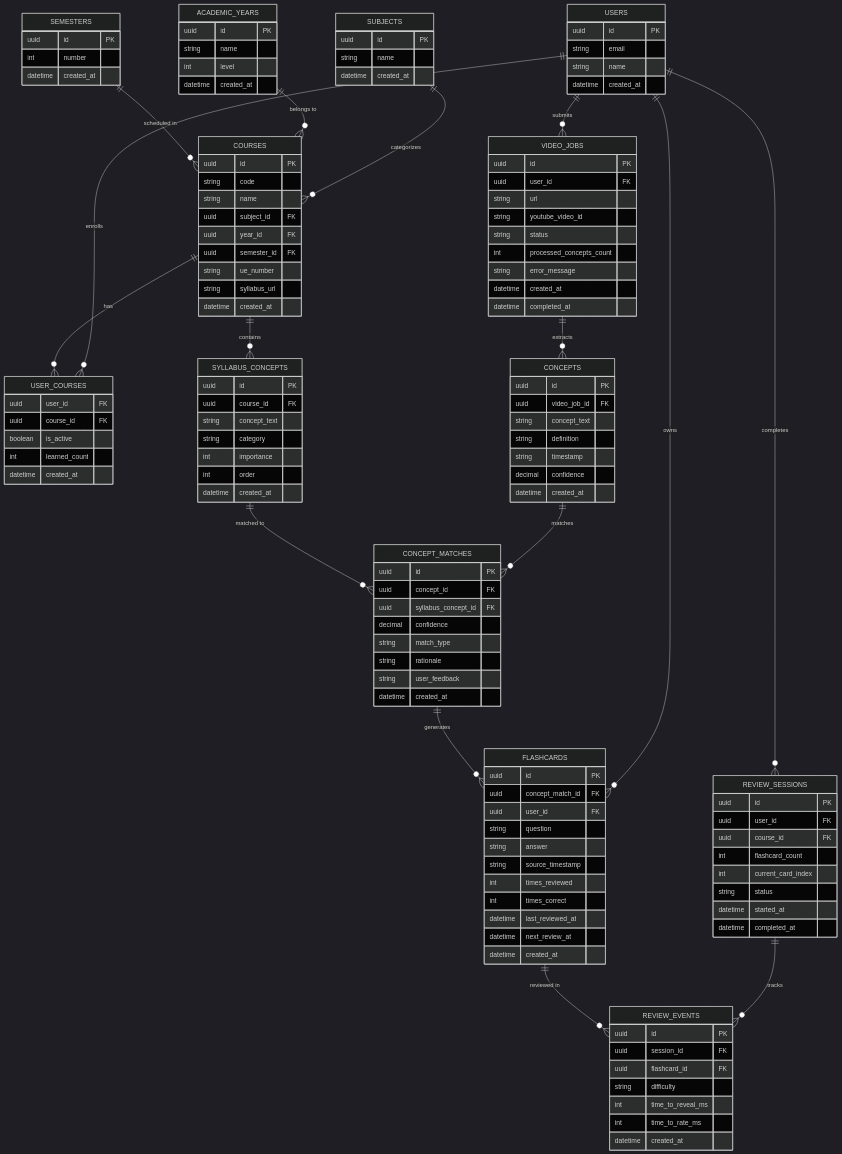
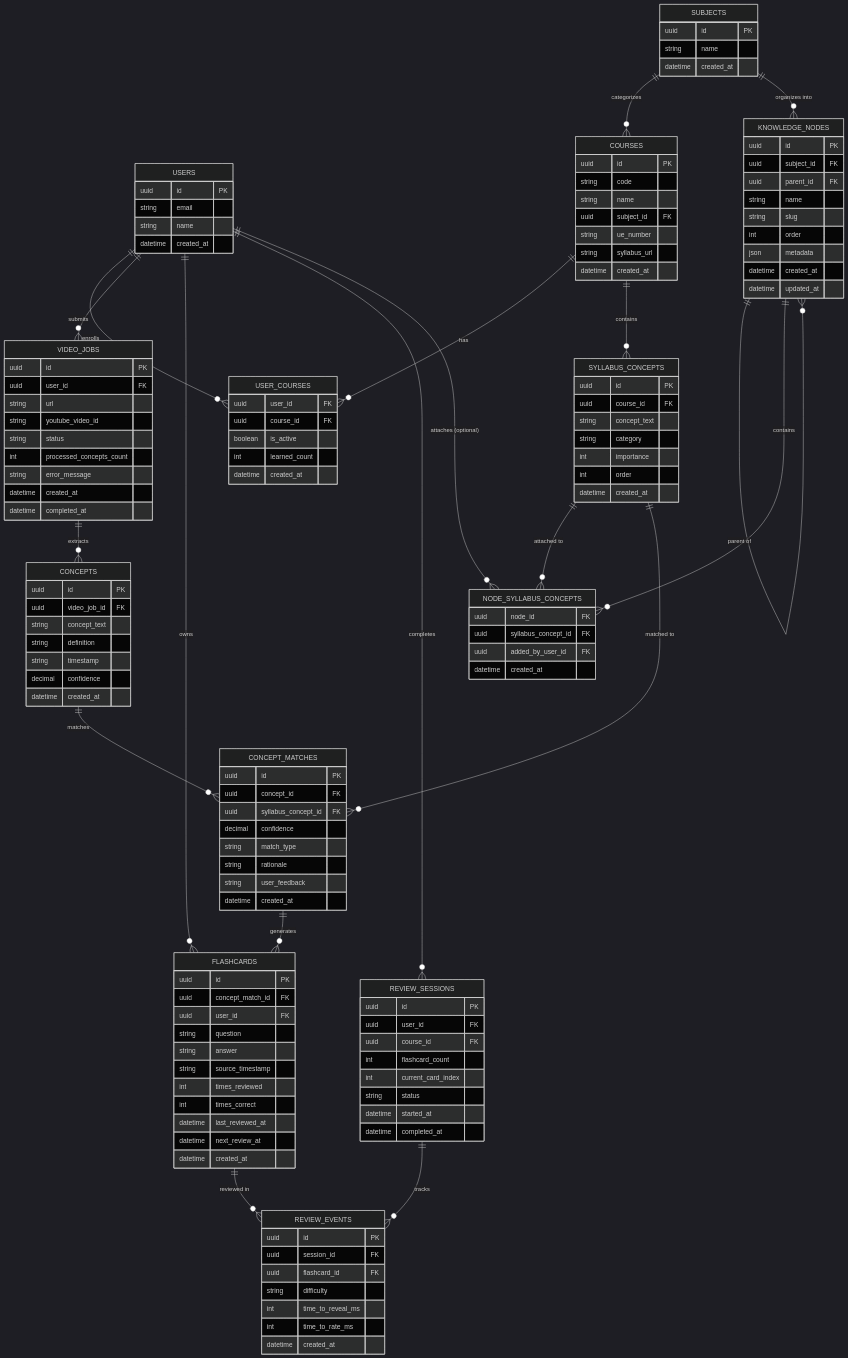
One commit to hugoganet/hack_the_gap changed the diagram in documentation_starter_pack/docs/data/erd.md. Above: the diagram before and after it, drawn with Mermaid (dark theme). The commit also changed other lines of this file and 7 other files, not shown here.

```diff
--- a/documentation_starter_pack/docs/data/erd.md
+++ b/documentation_starter_pack/docs/data/erd.md
@@ -15,17 +17,16 @@
         datetime created_at
     }
 
-    ACADEMIC_YEARS {
+    KNOWLEDGE_NODES {
         uuid id PK
+        uuid subject_id FK
+        uuid parent_id FK
         string name
-        int level
+        string slug
+        int order
+        json metadata
         datetime created_at
-    }
-
-    SEMESTERS {
-        uuid id PK
-        int number
-        datetime created_at
+        datetime updated_at
     }
 
     COURSES {
@@ -33,8 +34,6 @@
         string code
         string name
         uuid subject_id FK
-        uuid year_id FK
-        uuid semester_id FK
         string ue_number
         string syllabus_url
         datetime created_at
@@ -55,6 +54,13 @@
         string category
         int importance
         int order
+        datetime created_at
+    }
+
+    NODE_SYLLABUS_CONCEPTS {
+        uuid node_id FK
+        uuid syllabus_concept_id FK
+        uuid added_by_user_id FK
         datetime created_at
     }
 
@@ -130,13 +136,18 @@
     USERS ||--o{ VIDEO_JOBS : submits
     USERS ||--o{ FLASHCARDS : owns
     USERS ||--o{ REVIEW_SESSIONS : completes
+    USERS ||--o{ NODE_SYLLABUS_CONCEPTS : "attaches (optional)"
 
     SUBJECTS ||--o{ COURSES : categorizes
-    ACADEMIC_YEARS ||--o{ COURSES : "belongs to"
-    SEMESTERS ||--o{ COURSES : "scheduled in"
+    SUBJECTS ||--o{ KNOWLEDGE_NODES : "organizes into"
+
+    KNOWLEDGE_NODES ||--o{ KNOWLEDGE_NODES : "parent of"
+    KNOWLEDGE_NODES ||--o{ NODE_SYLLABUS_CONCEPTS : "contains"
 
     COURSES ||--o{ USER_COURSES : has
     COURSES ||--o{ SYLLABUS_CONCEPTS : contains
+
+    SYLLABUS_CONCEPTS ||--o{ NODE_SYLLABUS_CONCEPTS : "attached to"
 
     VIDEO_JOBS ||--o{ CONCEPTS : extracts
 
```
